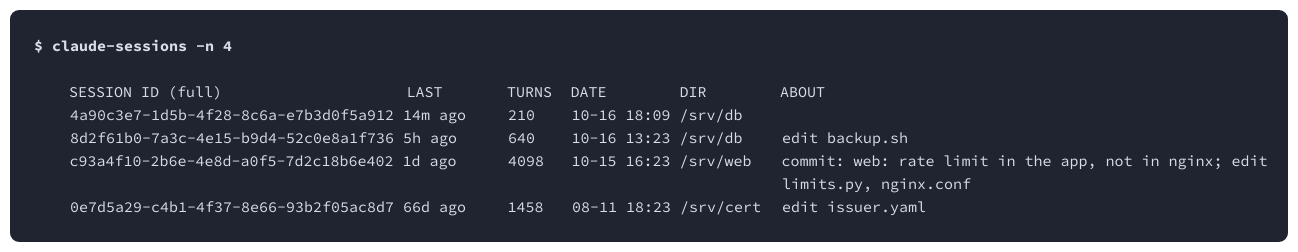
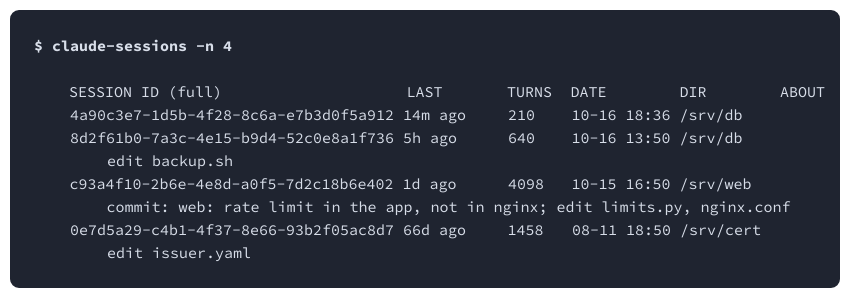
One commit to vadbosh/ide-sessions changed the diagram in docs/list.d2. Above: the diagram before and after it, drawn with D2. The commit also changed 10 other files, not shown here.

```diff
--- a/docs/list.d2
+++ b/docs/list.d2
@@ -153,7 +153,7 @@
       label.near: center-left
       style: {fill: transparent; stroke-width: 0; font: mono; font-size: 15; font-color: "#d8dee9"; bold: false}
     }
-    c4: '10-16 18:09 /srv/db' {
+    c4: '10-16 18:36 /srv/db' {
       width: 210
       height: 23
       label.near: center-left
@@ -168,7 +168,7 @@
   }
   l5: "" {
     grid-rows: 1
-    grid-columns: 7
+    grid-columns: 6
     grid-gap: 0
     style: {fill: transparent; stroke-width: 0}
     c0: ' ' {
@@ -195,19 +195,13 @@
       label.near: center-left
       style: {fill: transparent; stroke-width: 0; font: mono; font-size: 15; font-color: "#d8dee9"; bold: false}
     }
-    c4: '10-16 13:23 /srv/db' {
+    c4: '10-16 13:50 /srv/db' {
       width: 210
       height: 23
       label.near: center-left
       style: {fill: transparent; stroke-width: 0; font: mono; font-size: 15; font-color: "#d8dee9"; bold: false}
     }
-    c5: 'edit backup.sh' {
-      width: 128
-      height: 23
-      label.near: center-left
-      style: {fill: transparent; stroke-width: 0; font: mono; font-size: 15; font-color: "#d8dee9"; bold: false}
-    }
-    c6: ' ' {
+    c5: ' ' {
       width: 18
       height: 23
       label.near: center-left
@@ -216,7 +210,37 @@
   }
   l6: "" {
     grid-rows: 1
-    grid-columns: 7
+    grid-columns: 4
+    grid-gap: 0
+    style: {fill: transparent; stroke-width: 0}
+    c0: ' ' {
+      width: 18
+      height: 23
+      label.near: center-left
+      style: {fill: transparent; stroke-width: 0; font: mono; font-size: 15; font-color: "#d8dee9"; bold: false}
+    }
+    c1: ' ' {
+      width: 73
+      height: 23
+      label.near: center-left
+      style: {fill: transparent; stroke-width: 0; font: mono; font-size: 15; font-color: "#d8dee9"; bold: false}
+    }
+    c2: 'edit backup.sh' {
+      width: 128
+      height: 23
+      label.near: center-left
+      style: {fill: transparent; stroke-width: 0; font: mono; font-size: 15; font-color: "#d8dee9"; bold: false}
+    }
+    c3: ' ' {
+      width: 18
+      height: 23
+      label.near: center-left
+      style: {fill: transparent; stroke-width: 0; font: mono; font-size: 15; font-color: "#d8dee9"; bold: false}
+    }
+  }
+  l7: "" {
+    grid-rows: 1
+    grid-columns: 6
     grid-gap: 0
     style: {fill: transparent; stroke-width: 0}
     c0: ' ' {
@@ -243,26 +267,20 @@
       label.near: center-left
       style: {fill: transparent; stroke-width: 0; font: mono; font-size: 15; font-color: "#d8dee9"; bold: false}
     }
-    c4: '10-15 16:23 /srv/web' {
+    c4: '10-15 16:50 /srv/web' {
       width: 210
       height: 23
       label.near: center-left
       style: {fill: transparent; stroke-width: 0; font: mono; font-size: 15; font-color: "#d8dee9"; bold: false}
     }
-    c5: 'commit: web: rate limit in the app, not in nginx; edit' {
-      width: 492
-      height: 23
-      label.near: center-left
-      style: {fill: transparent; stroke-width: 0; font: mono; font-size: 15; font-color: "#d8dee9"; bold: false}
-    }
-    c6: ' ' {
+    c5: ' ' {
       width: 18
       height: 23
       label.near: center-left
       style: {fill: transparent; stroke-width: 0; font: mono; font-size: 15; font-color: "#d8dee9"; bold: false}
     }
   }
-  l7: "" {
+  l8: "" {
     grid-rows: 1
     grid-columns: 4
     grid-gap: 0
@@ -274,13 +292,13 @@
       style: {fill: transparent; stroke-width: 0; font: mono; font-size: 15; font-color: "#d8dee9"; bold: false}
     }
     c1: ' ' {
-      width: 748
+      width: 73
       height: 23
       label.near: center-left
       style: {fill: transparent; stroke-width: 0; font: mono; font-size: 15; font-color: "#d8dee9"; bold: false}
     }
-    c2: 'limits.py, nginx.conf' {
-      width: 192
+    c2: 'commit: web: rate limit in the app, not in nginx; edit limits.py, nginx.conf' {
+      width: 693
       height: 23
       label.near: center-left
       style: {fill: transparent; stroke-width: 0; font: mono; font-size: 15; font-color: "#d8dee9"; bold: false}
@@ -292,9 +310,9 @@
       style: {fill: transparent; stroke-width: 0; font: mono; font-size: 15; font-color: "#d8dee9"; bold: false}
     }
   }
-  l8: "" {
+  l9: "" {
     grid-rows: 1
-    grid-columns: 7
+    grid-columns: 6
     grid-gap: 0
     style: {fill: transparent; stroke-width: 0}
     c0: ' ' {
@@ -321,26 +339,50 @@
       label.near: center-left
       style: {fill: transparent; stroke-width: 0; font: mono; font-size: 15; font-color: "#d8dee9"; bold: false}
     }
-    c4: '08-11 18:23 /srv/cert' {
+    c4: '08-11 18:50 /srv/cert' {
       width: 210
       height: 23
       label.near: center-left
       style: {fill: transparent; stroke-width: 0; font: mono; font-size: 15; font-color: "#d8dee9"; bold: false}
     }
-    c5: 'edit issuer.yaml' {
-      width: 146
-      height: 23
-      label.near: center-left
-      style: {fill: transparent; stroke-width: 0; font: mono; font-size: 15; font-color: "#d8dee9"; bold: false}
-    }
-    c6: ' ' {
+    c5: ' ' {
       width: 18
       height: 23
       label.near: center-left
       style: {fill: transparent; stroke-width: 0; font: mono; font-size: 15; font-color: "#d8dee9"; bold: false}
     }
   }
-  l9: "" {
+  l10: "" {
+    grid-rows: 1
+    grid-columns: 4
+    grid-gap: 0
+    style: {fill: transparent; stroke-width: 0}
+    c0: ' ' {
+      width: 18
+      height: 23
+      label.near: center-left
+      style: {fill: transparent; stroke-width: 0; font: mono; font-size: 15; font-color: "#d8dee9"; bold: false}
+    }
+    c1: ' ' {
+      width: 73
+      height: 23
+      label.near: center-left
+      style: {fill: transparent; stroke-width: 0; font: mono; font-size: 15; font-color: "#d8dee9"; bold: false}
+    }
+    c2: 'edit issuer.yaml' {
+      width: 146
+      height: 23
+      label.near: center-left
+      style: {fill: transparent; stroke-width: 0; font: mono; font-size: 15; font-color: "#d8dee9"; bold: false}
+    }
+    c3: ' ' {
+      width: 18
+      height: 23
+      label.near: center-left
+      style: {fill: transparent; stroke-width: 0; font: mono; font-size: 15; font-color: "#d8dee9"; bold: false}
+    }
+  }
+  l11: "" {
     grid-rows: 1
     grid-columns: 1
     grid-gap: 0
```
